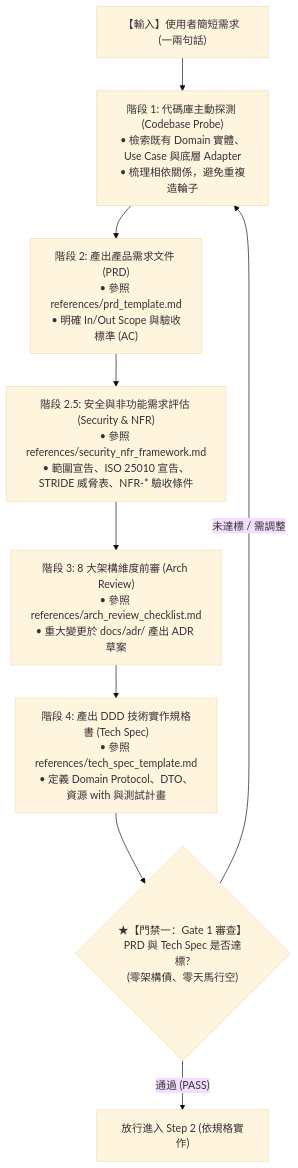
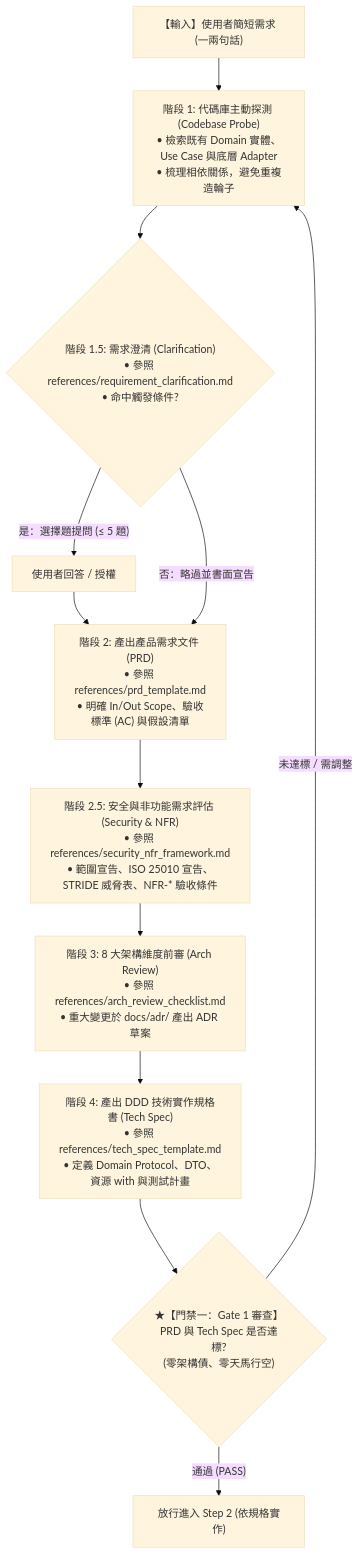
One commit to williamcccc/resume-transform-search changed the diagram in .agents/skills/feature-design/SKILL.md. Above: the diagram before and after it, drawn with Mermaid (base theme). The commit also changed other lines of this file and 17 other files, not shown here.

````diff
--- a/.agents/skills/feature-design/SKILL.md
+++ b/.agents/skills/feature-design/SKILL.md
@@ -19,11 +19,15 @@
 ```mermaid
 flowchart TD
     Start["【輸入】使用者簡短需求 (一兩句話)"] --> Phase1["階段 1: 代碼庫主動探測 (Codebase Probe)<br>• 檢索既有 Domain 實體、Use Case 與底層 Adapter<br>• 梳理相依關係，避免重複造輪子"]
-    Phase1 --> Phase2["階段 2: 產出產品需求文件 (PRD)<br>• 參照 references/prd_template.md<br>• 明確 In/Out Scope 與驗收標準 (AC)"]
+    Phase1 --> Phase15{"階段 1.5: 需求澄清 (Clarification)<br>• 參照 references/requirement_clarification.md<br>• 命中觸發條件?"}
+    Phase15 -->|"是：選擇題提問 (≤ 5 題)"| Ask["使用者回答 / 授權"]
+    Ask --> Phase2
+    Phase15 -->|"否：略過並書面宣告"| Phase2
+    Phase2["階段 2: 產出產品需求文件 (PRD)<br>• 參照 references/prd_template.md<br>• 明確 In/Out Scope、驗收標準 (AC) 與假設清單"]
     Phase2 --> Phase25["階段 2.5: 安全與非功能需求評估 (Security & NFR)<br>• 參照 references/security_nfr_framework.md<br>• 範圍宣告、ISO 25010 宣告、STRIDE 威脅表、NFR-* 驗收條件"]
     Phase25 --> Phase3["階段 3: 8 大架構維度前審 (Arch Review)<br>• 參照 references/arch_review_checklist.md<br>• 重大變更於 docs/adr/ 產出 ADR 草案"]
     Phase3 --> Phase4["階段 4: 產出 DDD 技術實作規格書 (Tech Spec)<br>• 參照 references/tech_spec_template.md<br>• 定義 Domain Protocol、DTO、資源 with 與測試計畫"]
     Phase4 --> Gate1{"★【門禁一：Gate 1 審查】<br>PRD 與 Tech Spec 是否達標?<br>(零架構債、零天馬行空)"}
     Gate1 -->|"未達標 / 需調整"| Phase1
     Gate1 -->|"通過 (PASS)"| Ready["放行進入 Step 2 (依規格實作)"]
 ```
````
